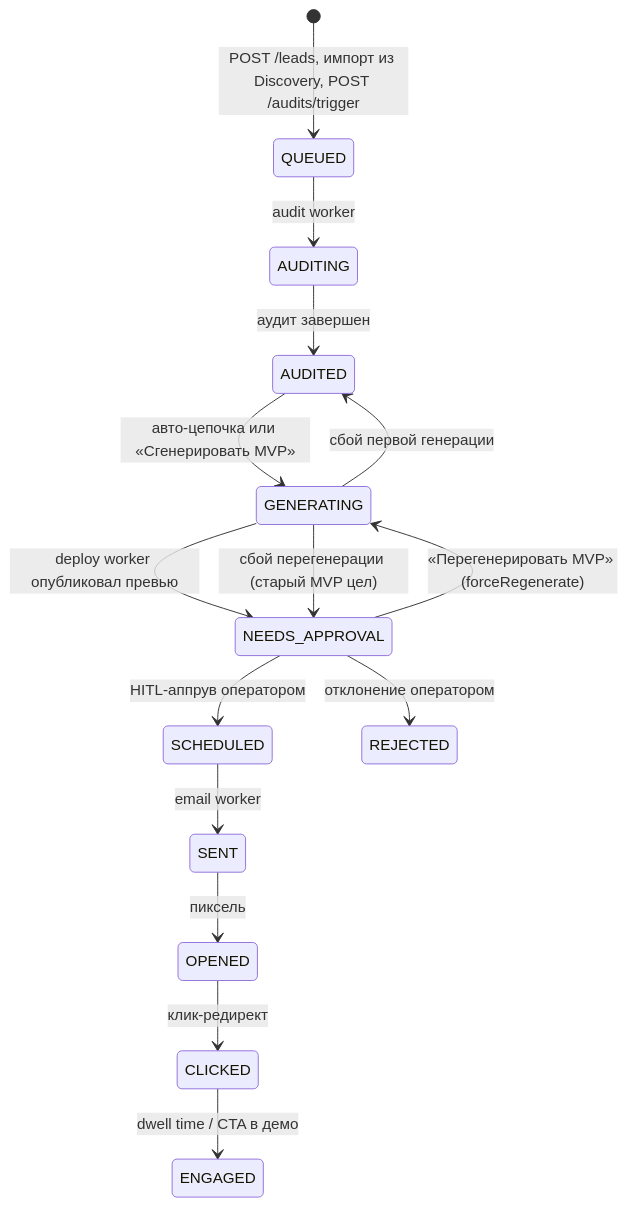
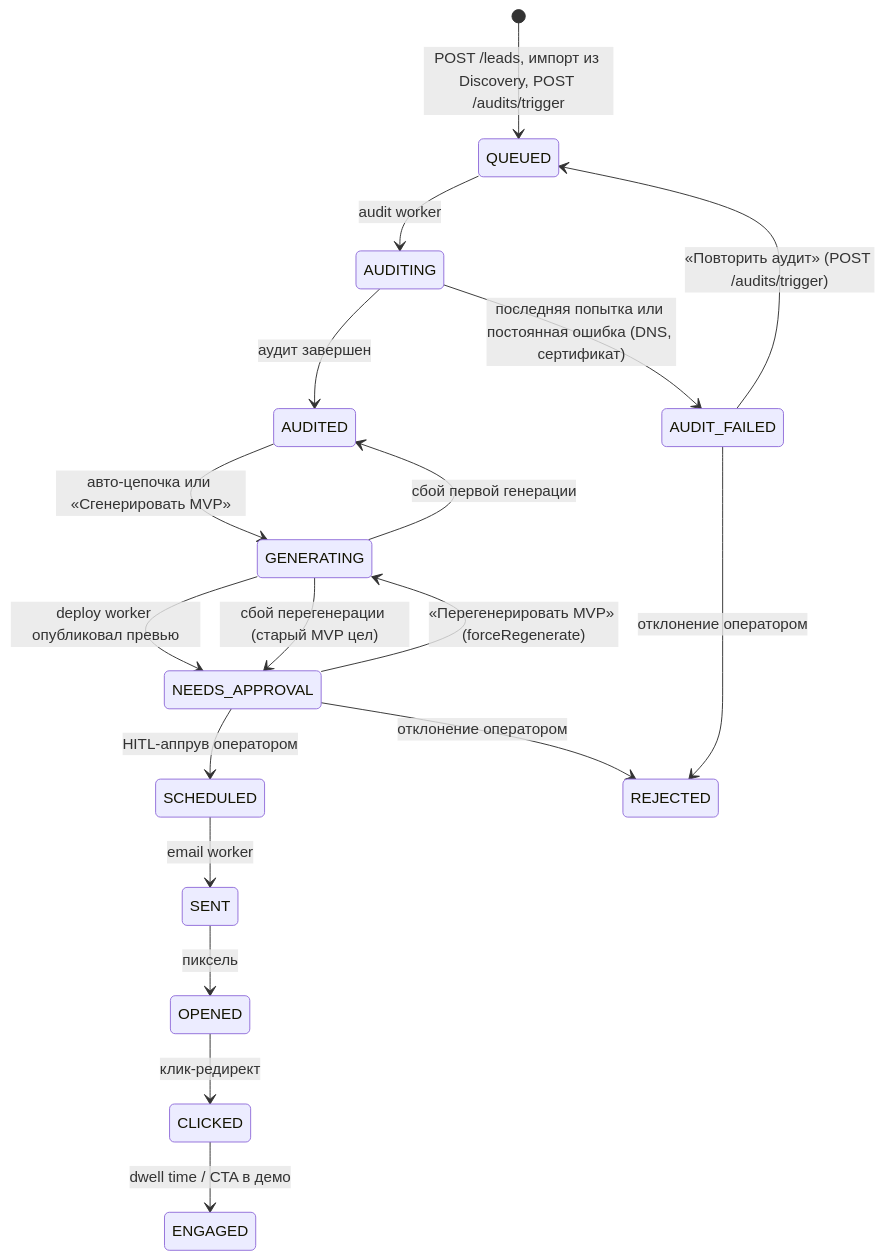
The eighth of 10 diagrams in blueprint.md (yurykurouski/revamp-docs), drawn with Mermaid before and after one commit. The commit also changed other lines of this file and 2 other files, not shown here.

First line of the commit message:
docs(REV-44): document the AUDIT_FAILED status, audit retries and the retry action

````diff
--- a/blueprint.md
+++ b/blueprint.md
@@ -536,17 +538,20 @@
 ```mermaid
 stateDiagram-v2
     [*] --> QUEUED: POST /leads, импорт из Discovery, POST /audits/trigger
     QUEUED --> AUDITING: audit worker
     AUDITING --> AUDITED: аудит завершен
+    AUDITING --> AUDIT_FAILED: последняя попытка или постоянная ошибка (DNS, сертификат)
+    AUDIT_FAILED --> QUEUED: «Повторить аудит» (POST /audits/trigger)
+    AUDIT_FAILED --> REJECTED: отклонение оператором
     AUDITED --> GENERATING: авто-цепочка или «Сгенерировать MVP»
     GENERATING --> NEEDS_APPROVAL: deploy worker опубликовал превью
     GENERATING --> AUDITED: сбой первой генерации
     GENERATING --> NEEDS_APPROVAL: сбой перегенерации (старый MVP цел)
     NEEDS_APPROVAL --> GENERATING: «Перегенерировать MVP» (forceRegenerate)
     NEEDS_APPROVAL --> SCHEDULED: HITL-аппрув оператором
     NEEDS_APPROVAL --> REJECTED: отклонение оператором
     SCHEDULED --> SENT: email worker
     SENT --> OPENED: пиксель
     OPENED --> CLICKED: клик-редирект
     CLICKED --> ENGAGED: dwell time / CTA в демо
 ```
````
